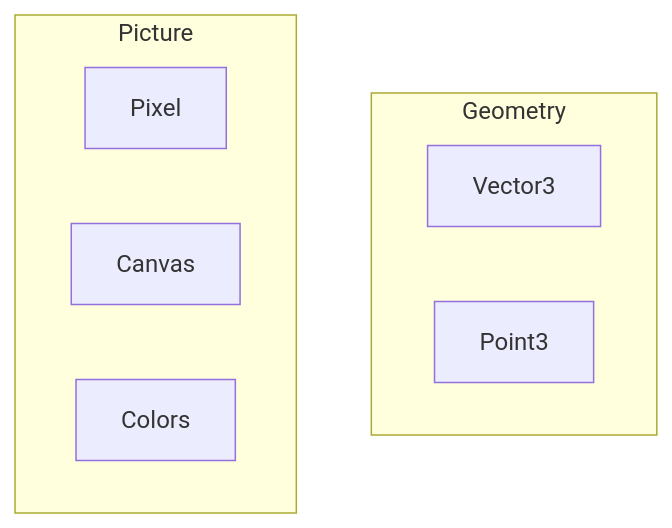
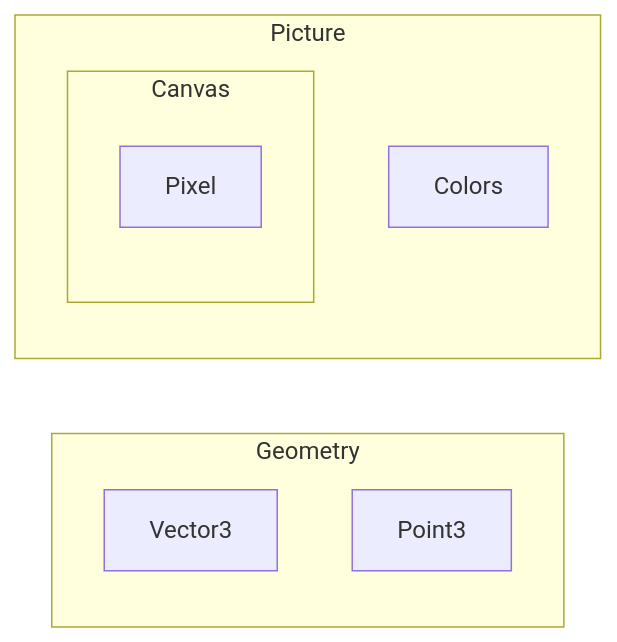
Before and after one commit to rsdlt/rsdlt.github.io: the second of 2 diagrams in _drafts/ruxel-1-part-rust-ray-tracer-renderer-3d-development.md, drawn with Mermaid. The commit also changed other lines of this file, not shown here.

````diff
--- a/_drafts/ruxel-1-part-rust-ray-tracer-renderer-3d-development.md
+++ b/_drafts/ruxel-1-part-rust-ray-tracer-renderer-3d-development.md
@@ -89,12 +91,14 @@
 ```mermaid
-flowchart TD 
+flowchart LR 
 subgraph Geometry
 Vector3
 Point3
 end
 subgraph Picture
-Pixel
 Canvas
 Colors
 end
+subgraph Canvas
+Pixel
+end
 ```
````
